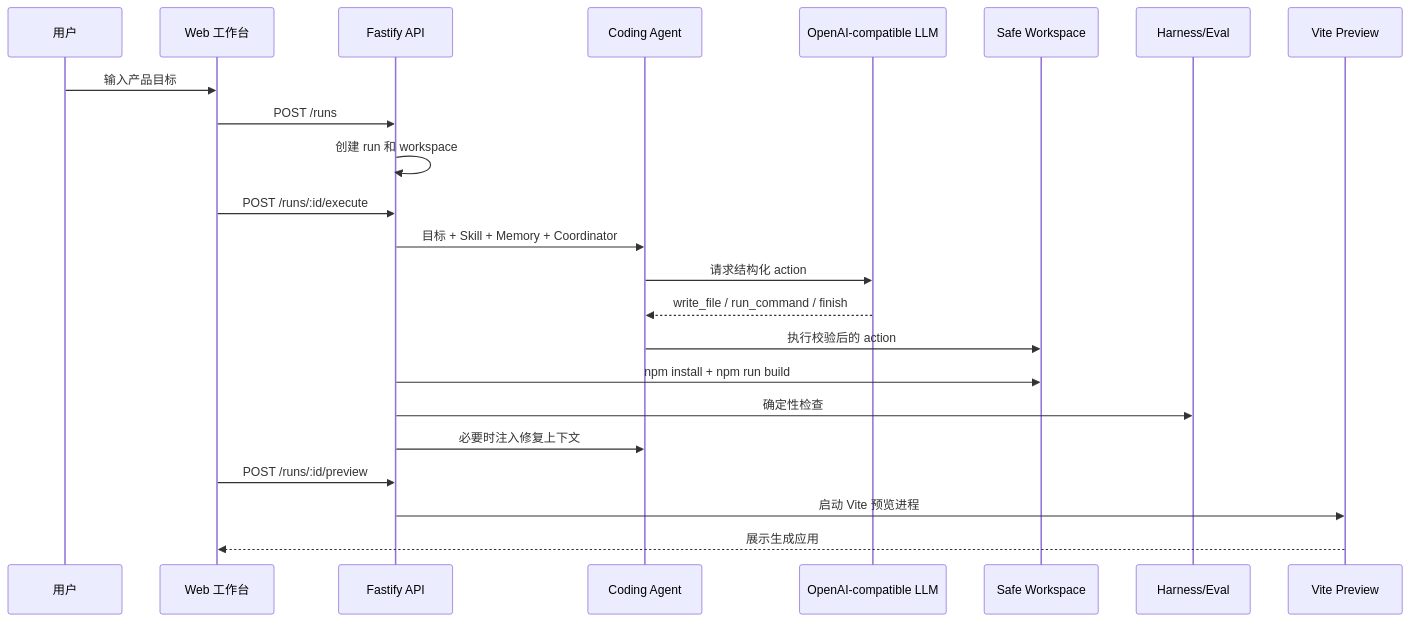
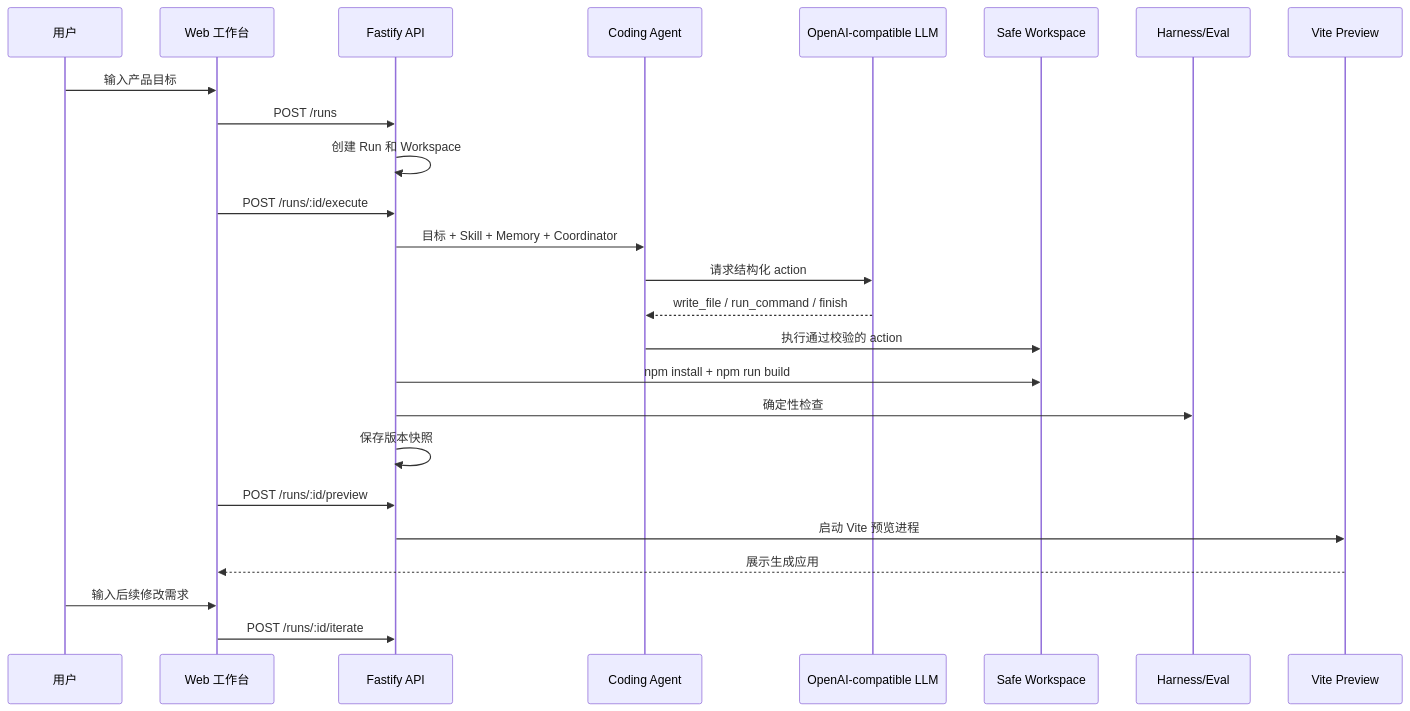
Before and after one commit to Marvin725626/appforge-agent-platform: the first of 2 diagrams in README.zh-CN.md, drawn with Mermaid. The commit also changed other lines of this file and 20 other files, not shown here.

````diff
--- a/README.zh-CN.md
+++ b/README.zh-CN.md
@@ -33,26 +33,28 @@
 ```mermaid
 sequenceDiagram
     participant User as 用户
     participant Web as Web 工作台
     participant API as Fastify API
     participant Agent as Coding Agent
     participant LLM as OpenAI-compatible LLM
     participant WS as Safe Workspace
     participant Eval as Harness/Eval
     participant Preview as Vite Preview
 
     User->>Web: 输入产品目标
     Web->>API: POST /runs
-    API->>API: 创建 run 和 workspace
+    API->>API: 创建 Run 和 Workspace
     Web->>API: POST /runs/:id/execute
     API->>Agent: 目标 + Skill + Memory + Coordinator
     Agent->>LLM: 请求结构化 action
     LLM-->>Agent: write_file / run_command / finish
-    Agent->>WS: 执行校验后的 action
+    Agent->>WS: 执行通过校验的 action
     API->>WS: npm install + npm run build
     API->>Eval: 确定性检查
-    API->>Agent: 必要时注入修复上下文
+    API->>API: 保存版本快照
     Web->>API: POST /runs/:id/preview
     API->>Preview: 启动 Vite 预览进程
     Preview-->>Web: 展示生成应用
+    User->>Web: 输入后续修改需求
+    Web->>API: POST /runs/:id/iterate
 ```
````
